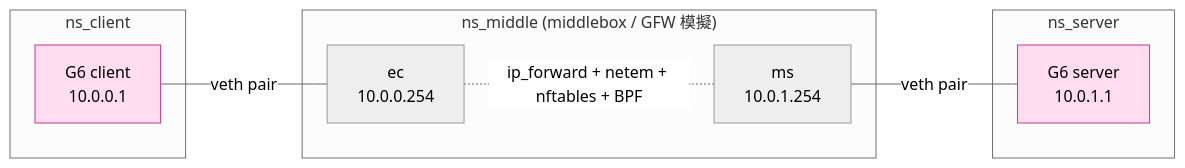
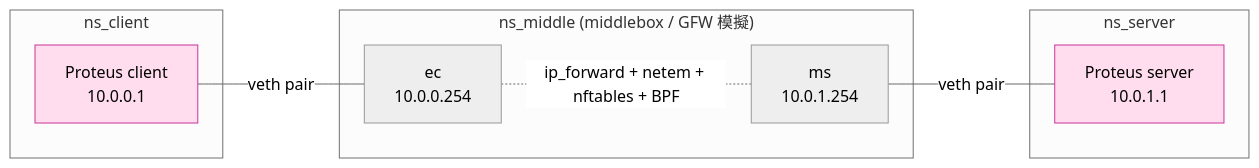
One commit to Icarus603/network-from-scratch changed the second of 2 diagrams in lessons/part-2-high-perf-io/2.12-netns.md. Above: the diagram before and after it, drawn with Mermaid (neutral theme). The commit also changed other lines of this file and 300 other files, not shown here.

````diff
--- a/lessons/part-2-high-perf-io/2.12-netns.md
+++ b/lessons/part-2-high-perf-io/2.12-netns.md
@@ -246,18 +246,18 @@
 ```mermaid
 flowchart LR
     subgraph nsc["ns_client"]
-        c["G6 client<br/>10.0.0.1"]
+        c["Proteus client<br/>10.0.0.1"]
     end
     subgraph nsm["ns_middle (middlebox / GFW 模擬)"]
         m1["ec<br/>10.0.0.254"]
         m2["ms<br/>10.0.1.254"]
         m1 -. ip_forward + netem + nftables + BPF .- m2
     end
     subgraph nss["ns_server"]
-        s["G6 server<br/>10.0.1.1"]
+        s["Proteus server<br/>10.0.1.1"]
     end
     c -- veth pair --- m1
     m2 -- veth pair --- s
     classDef ours fill:#fde,stroke:#c39
     class c,s ours
 ```
````
